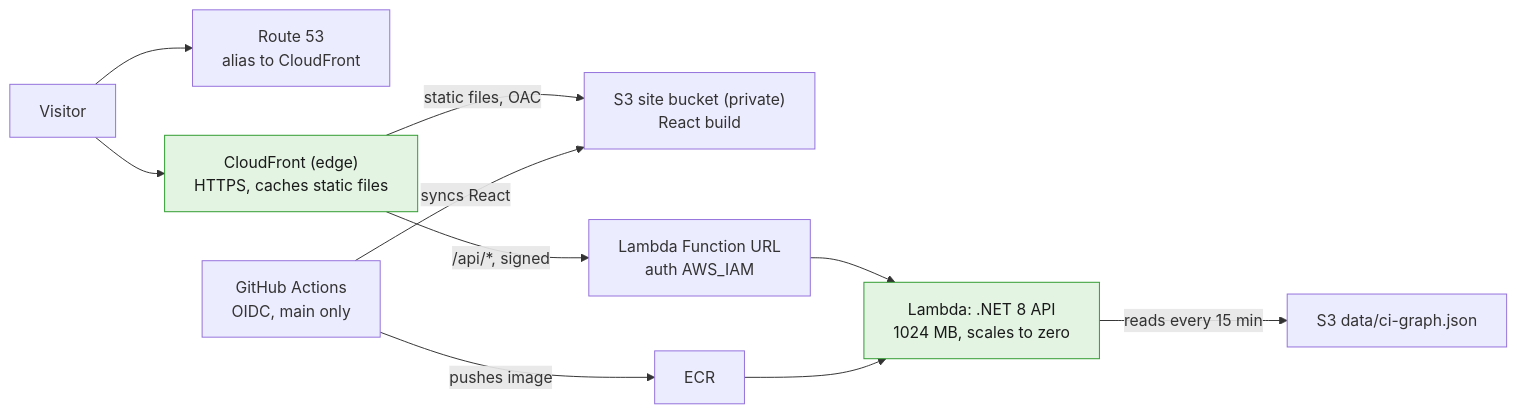
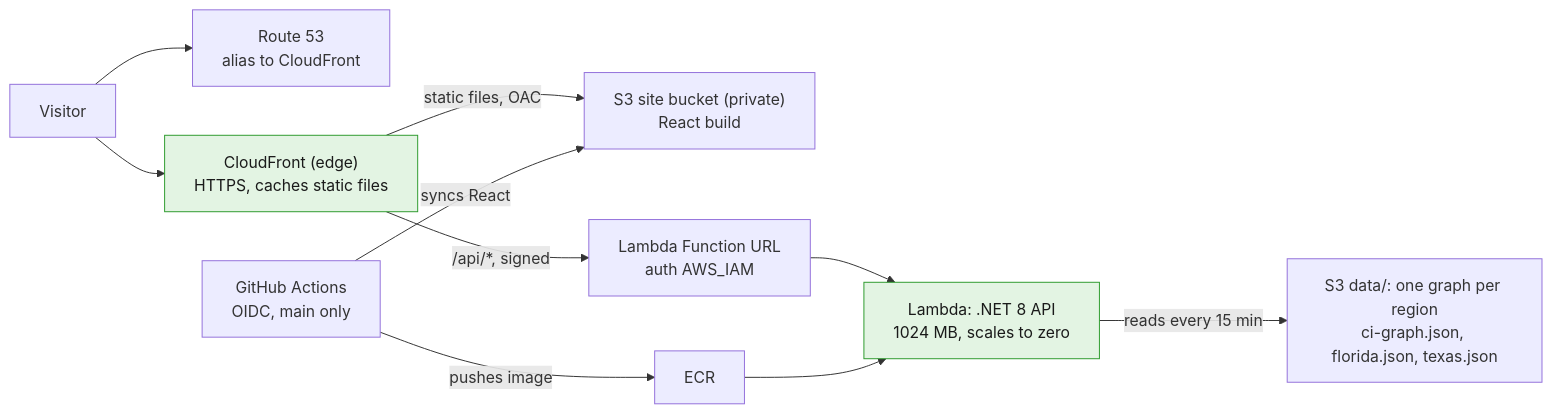
Before and after one commit to sgavathe/aws-docker-tf-actions-sample: the second of 2 diagrams in docs/hosting.md, drawn with Mermaid. The commit also changed other lines of this file and 18 other files, not shown here.

Commit message:
Live hazards: hurricane track, outline toggle; regions: DMV / Mid-Atlantic, Florida, Texas (#16)

````diff
--- a/docs/hosting.md
+++ b/docs/hosting.md
@@ -31,13 +31,13 @@
 ```mermaid
 flowchart LR
     V["Visitor"] --> R53["Route 53<br/>alias to CloudFront"]
     V --> CF["CloudFront (edge)<br/>HTTPS, caches static files"]
     CF -->|"static files, OAC"| S3["S3 site bucket (private)<br/>React build"]
     CF -->|"/api/*, signed"| URL["Lambda Function URL<br/>auth AWS_IAM"]
     URL --> L["Lambda: .NET 8 API<br/>1024 MB, scales to zero"]
-    L -->|"reads every 15 min"| G["S3 data/ci-graph.json"]
+    L -->|"reads every 15 min"| G["S3 data/: one graph per region<br/>ci-graph.json, florida.json, texas.json"]
     GH["GitHub Actions<br/>OIDC, main only"] -->|"syncs React"| S3
     GH -->|"pushes image"| ECR["ECR"] --> L
     classDef perreq fill:#e3f4e3,stroke:#2e9b2e,color:#1a1a1a
     class CF,L perreq
 ```
````
